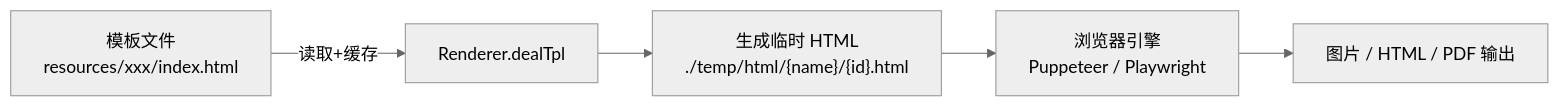
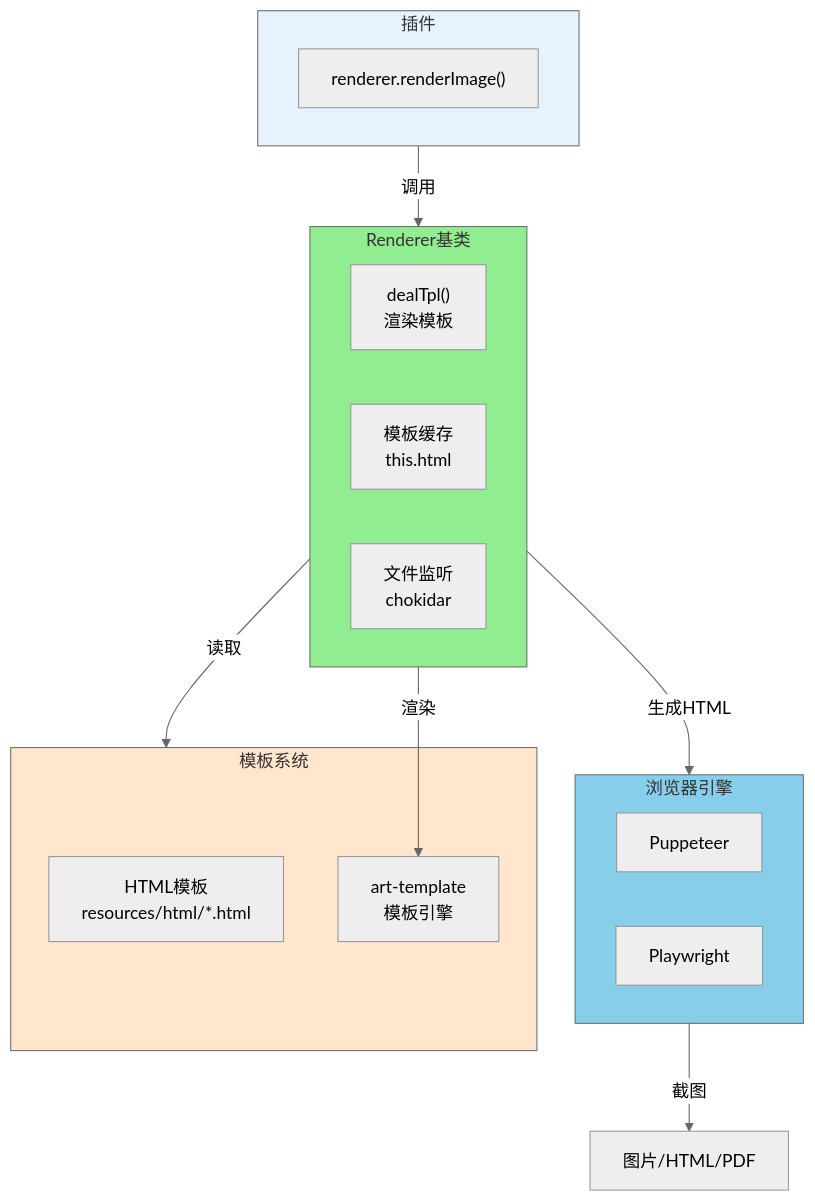
One commit to sunflowermm/XRK-AGT changed the first of 2 diagrams in docs/renderer.md. Above: the diagram before and after it, drawn with Mermaid (neutral theme). The commit also changed other lines of this file and 4 other files, not shown here.

````diff
--- a/docs/renderer.md
+++ b/docs/renderer.md
@@ -24,7 +21,33 @@
 ```mermaid
-flowchart LR
-  Tpl["模板文件<br/>resources/xxx/index.html"] -->|读取+缓存| DealTpl["Renderer.dealTpl"]
-  DealTpl --> HtmlFile["生成临时 HTML<br/>./temp/html/{name}/{id}.html"]
-  HtmlFile --> Engine["浏览器引擎<br/>Puppeteer / Playwright"]
-  Engine --> Output["图片 / HTML / PDF 输出"]
+flowchart TB
+    subgraph Plugin["插件"]
+        Call["renderer.renderImage()"]
+    end
+    
+    subgraph Renderer["Renderer基类"]
+        DealTpl["dealTpl()<br/>渲染模板"]
+        Cache["模板缓存<br/>this.html"]
+        Watch["文件监听<br/>chokidar"]
+    end
+    
+    subgraph Template["模板系统"]
+        HTML["HTML模板<br/>resources/html/*.html"]
+        ArtTemplate["art-template<br/>模板引擎"]
+    end
+    
+    subgraph Engine["浏览器引擎"]
+        Puppeteer["Puppeteer"]
+        Playwright["Playwright"]
+    end
+    
+    Plugin -->|调用| Renderer
+    Renderer -->|读取| Template
+    Renderer -->|渲染| ArtTemplate
+    Renderer -->|生成HTML| Engine
+    Engine -->|截图| Output["图片/HTML/PDF"]
+    
+    style Plugin fill:#E6F3FF
+    style Renderer fill:#90EE90
+    style Template fill:#FFE6CC
+    style Engine fill:#87CEEB
 ```
````
